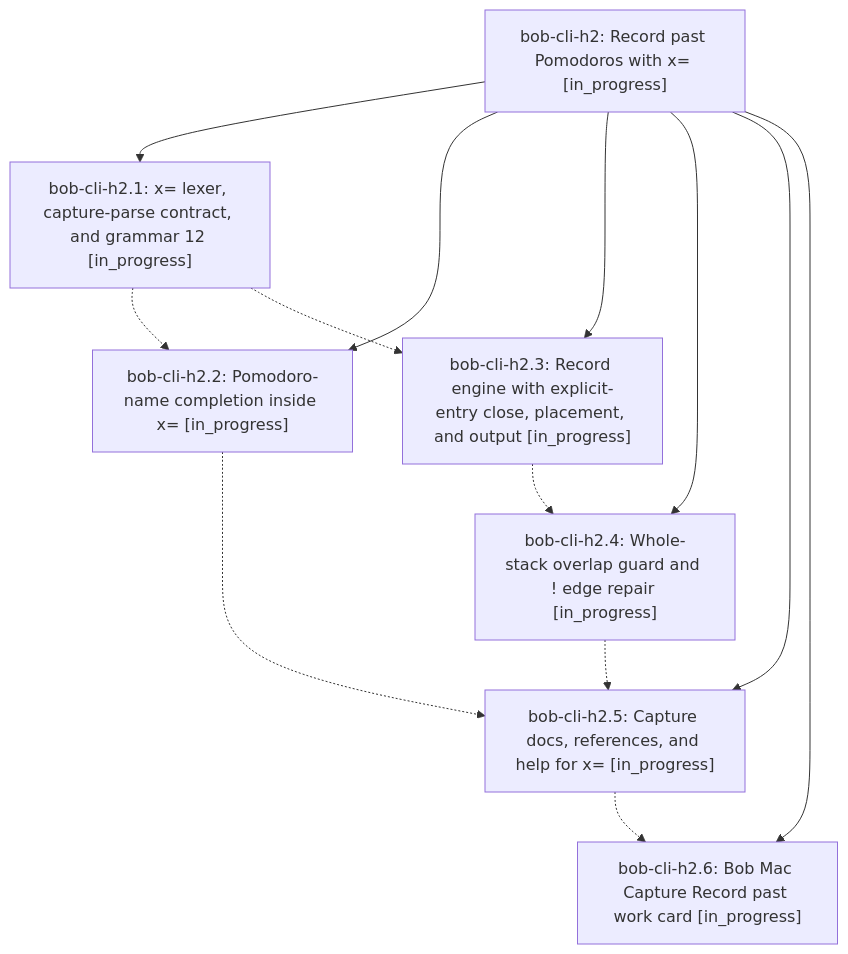
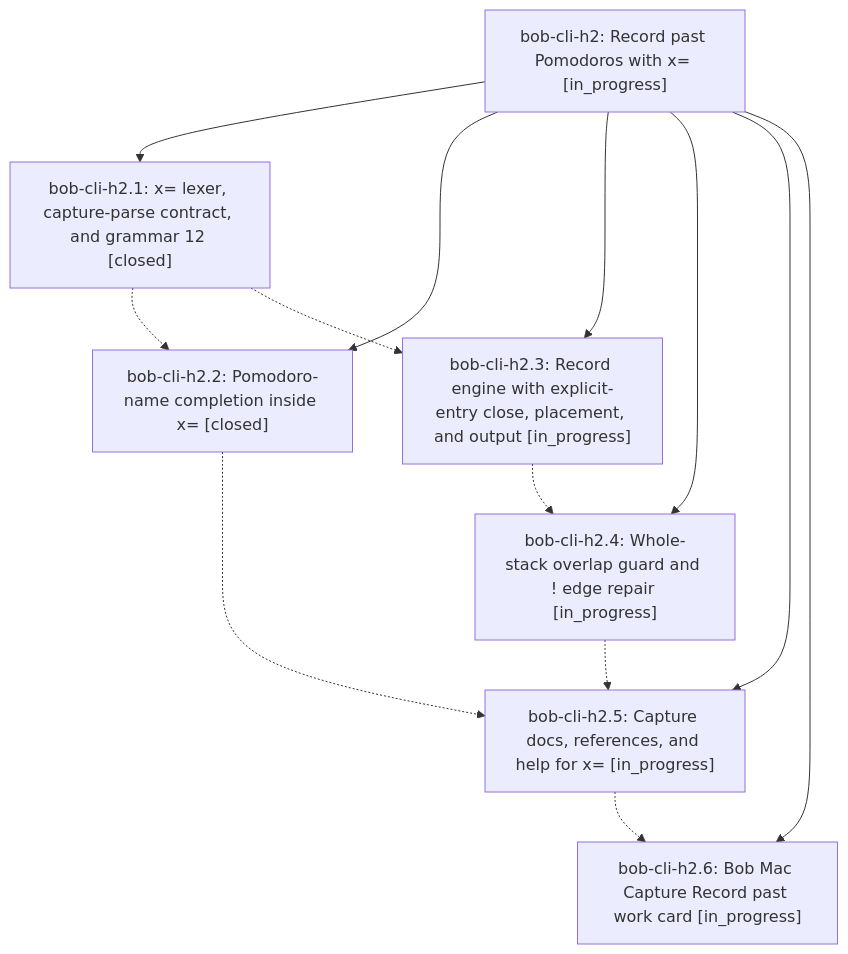
The diagram in pages/bob-cli-h2/README.md (bobs-org/bob-cli--beads), drawn with Mermaid before and after one commit. The commit also changed other lines of this file and 4 other files, not shown here.

First line of the commit message:
chore(beads): sync bead state and pages for bob-cli-h2

````diff
--- a/pages/bob-cli-h2/README.md
+++ b/pages/bob-cli-h2/README.md
@@ -39,22 +39,22 @@
 ```mermaid
 flowchart TD
     n0["bob-cli-h2: Record past Pomodoros with x= [in_progress]"]
-    n1["bob-cli-h2.1: x= lexer, capture-parse contract, and grammar 12 [in_progress]"]
-    n2["bob-cli-h2.2: Pomodoro-name completion inside x= [in_progress]"]
+    n1["bob-cli-h2.1: x= lexer, capture-parse contract, and grammar 12 [closed]"]
+    n2["bob-cli-h2.2: Pomodoro-name completion inside x= [closed]"]
     n3["bob-cli-h2.3: Record engine with explicit-entry close, placement, and output [in_progress]"]
     n4["bob-cli-h2.4: Whole-stack overlap guard and ! edge repair [in_progress]"]
     n5["bob-cli-h2.5: Capture docs, references, and help for x= [in_progress]"]
     n6["bob-cli-h2.6: Bob Mac Capture Record past work card [in_progress]"]
     n0 --> n1
     n0 --> n2
     n0 --> n3
     n0 --> n4
     n0 --> n5
     n0 --> n6
     n1 -.-> n2
     n1 -.-> n3
     n2 -.-> n5
     n3 -.-> n4
     n4 -.-> n5
     n5 -.-> n6
 ```
````
